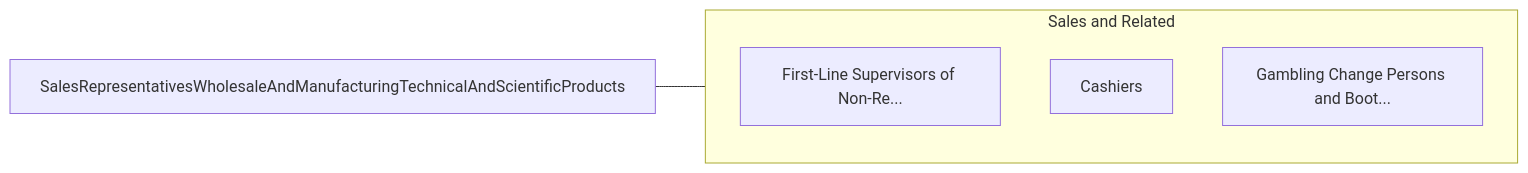
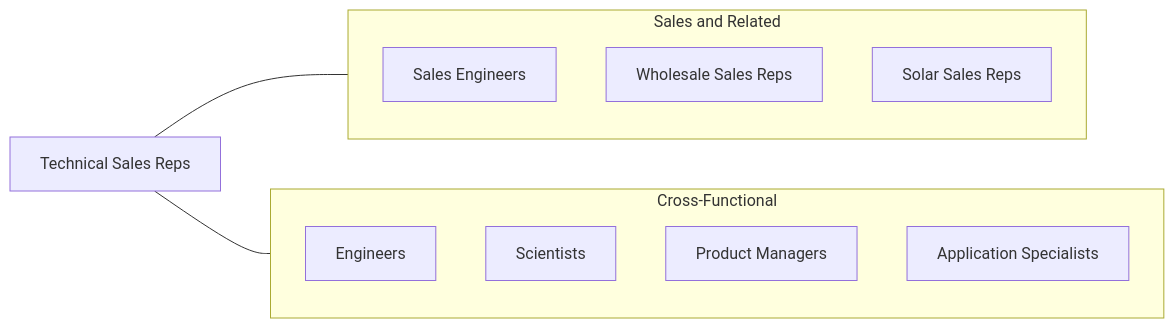
One commit to kziemski/business.org.ai changed the fourth of 4 diagrams in occupations/Sales/SalesRepresentativesWholesaleAndManufacturingTechnicalAndScientificProducts.mdx. Above: the diagram before and after it, drawn with Mermaid. The commit also changed other lines of this file and 938 other files, not shown here.

````diff
--- a/occupations/Sales/SalesRepresentativesWholesaleAndManufacturingTechnicalAndScientificProducts.mdx
+++ b/occupations/Sales/SalesRepresentativesWholesaleAndManufacturingTechnicalAndScientificProducts.mdx
@@ -107,13 +176,20 @@
 ```mermaid
 graph LR
-    Current["SalesRepresentativesWholesaleAndManufacturingTechnicalAndScientificProducts"]
+    Current["Technical Sales Reps"]
 
     subgraph SameCategory["Sales and Related"]
-        FirstLineSupervisors["First-Line Supervisors of Retail..."]
-        FirstLineSupervisors["First-Line Supervisors of Non-Re..."]
-        Cashiers["Cashiers"]
-        GamblingChangePerson["Gambling Change Persons and Boot..."]
+        SalesEngineers["Sales Engineers"]
+        WholesaleReps["Wholesale Sales Reps"]
+        SolarSales["Solar Sales Reps"]
+    end
+
+    subgraph CrossFunctional["Cross-Functional"]
+        Engineers["Engineers"]
+        Scientists["Scientists"]
+        ProductMgrs["Product Managers"]
+        AppSpecialists["Application Specialists"]
     end
 
     Current --- SameCategory
+    Current --- CrossFunctional
 ```
````
